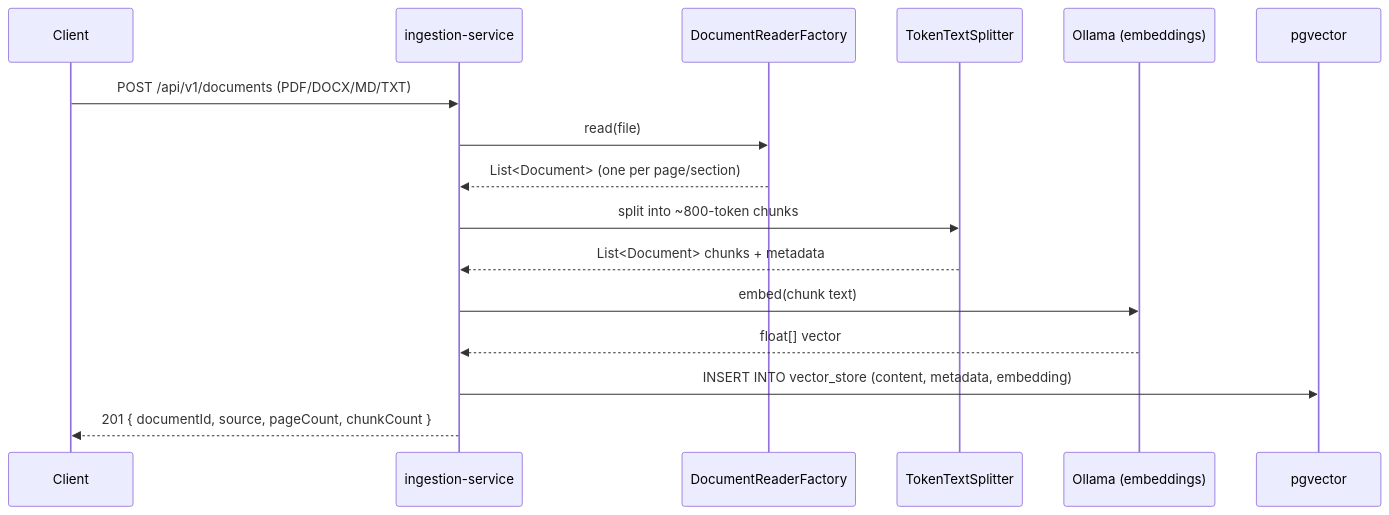
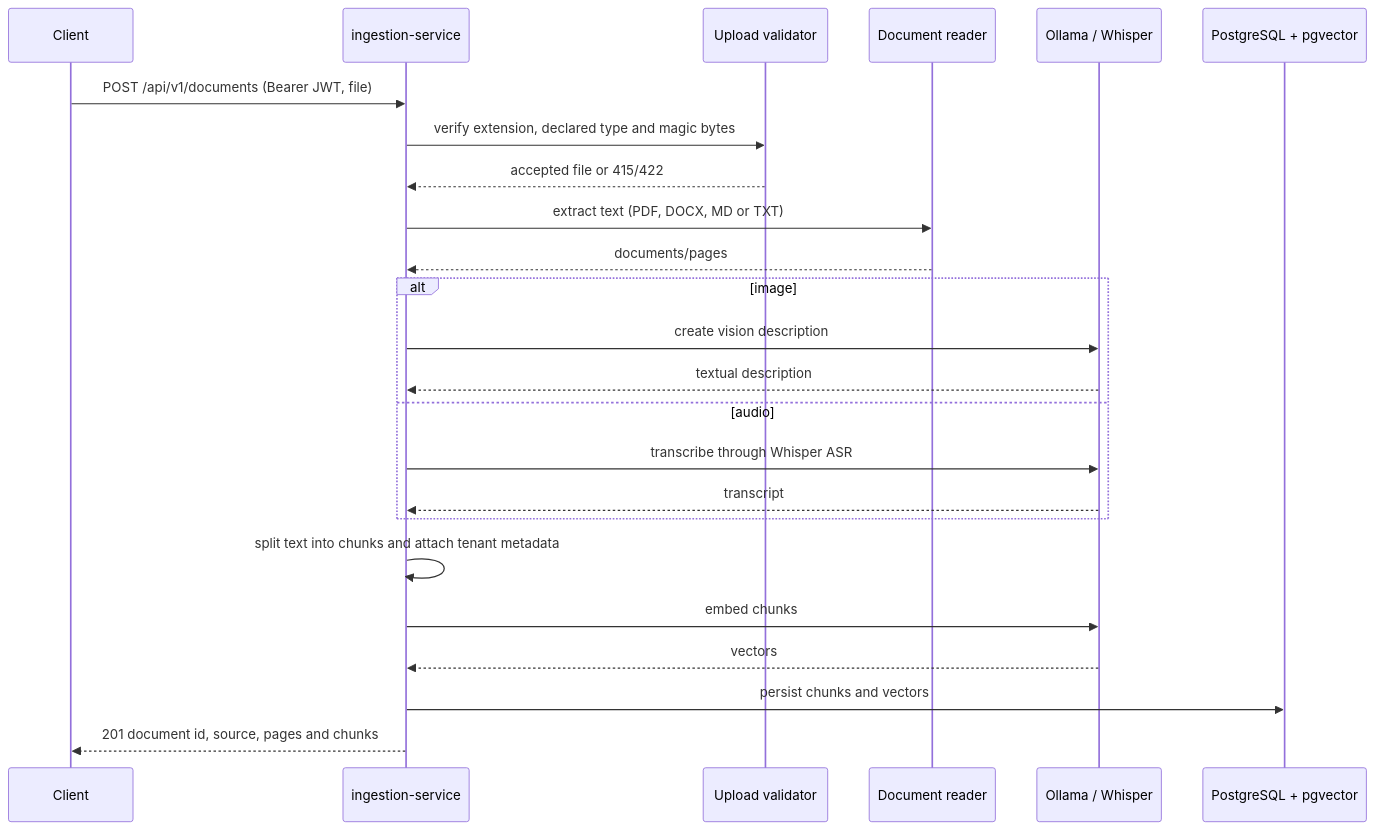
The second of 4 diagrams in docs/architecture.md (eniglio-ctrl/enterprise-rag-platform), drawn with Mermaid before and after one commit. The commit also changed other lines of this file and 3 other files, not shown here.

First line of the commit message:
Refresh architecture docs and fix stale routing description in README

````diff
--- a/docs/architecture.md
+++ b/docs/architecture.md
@@ -31,19 +57,27 @@
 ```mermaid
 sequenceDiagram
     participant U as Client
     participant I as ingestion-service
-    participant R as DocumentReaderFactory
-    participant S as TokenTextSplitter
-    participant O as Ollama (embeddings)
-    participant P as pgvector
+    participant V as Upload validator
+    participant R as Document reader
+    participant O as Ollama / Whisper
+    participant P as PostgreSQL + pgvector
 
-    U->>I: POST /api/v1/documents (PDF/DOCX/MD/TXT)
-    I->>R: read(file)
-    R-->>I: List<Document> (one per page/section)
-    I->>S: split into ~800-token chunks
-    S-->>I: List<Document> chunks + metadata
-    I->>O: embed(chunk text)
-    O-->>I: float[] vector
-    I->>P: INSERT INTO vector_store (content, metadata, embedding)
-    I-->>U: 201 { documentId, source, pageCount, chunkCount }
+    U->>I: POST /api/v1/documents (Bearer JWT, file)
+    I->>V: verify extension, declared type and magic bytes
+    V-->>I: accepted file or 415/422
+    I->>R: extract text (PDF, DOCX, MD or TXT)
+    R-->>I: documents/pages
+    alt image
+        I->>O: create vision description
+        O-->>I: textual description
+    else audio
+        I->>O: transcribe through Whisper ASR
+        O-->>I: transcript
+    end
+    I->>I: split text into chunks and attach tenant metadata
+    I->>O: embed chunks
+    O-->>I: vectors
+    I->>P: persist chunks and vectors
+    I-->>U: 201 document id, source, pages and chunks
 ```
````
